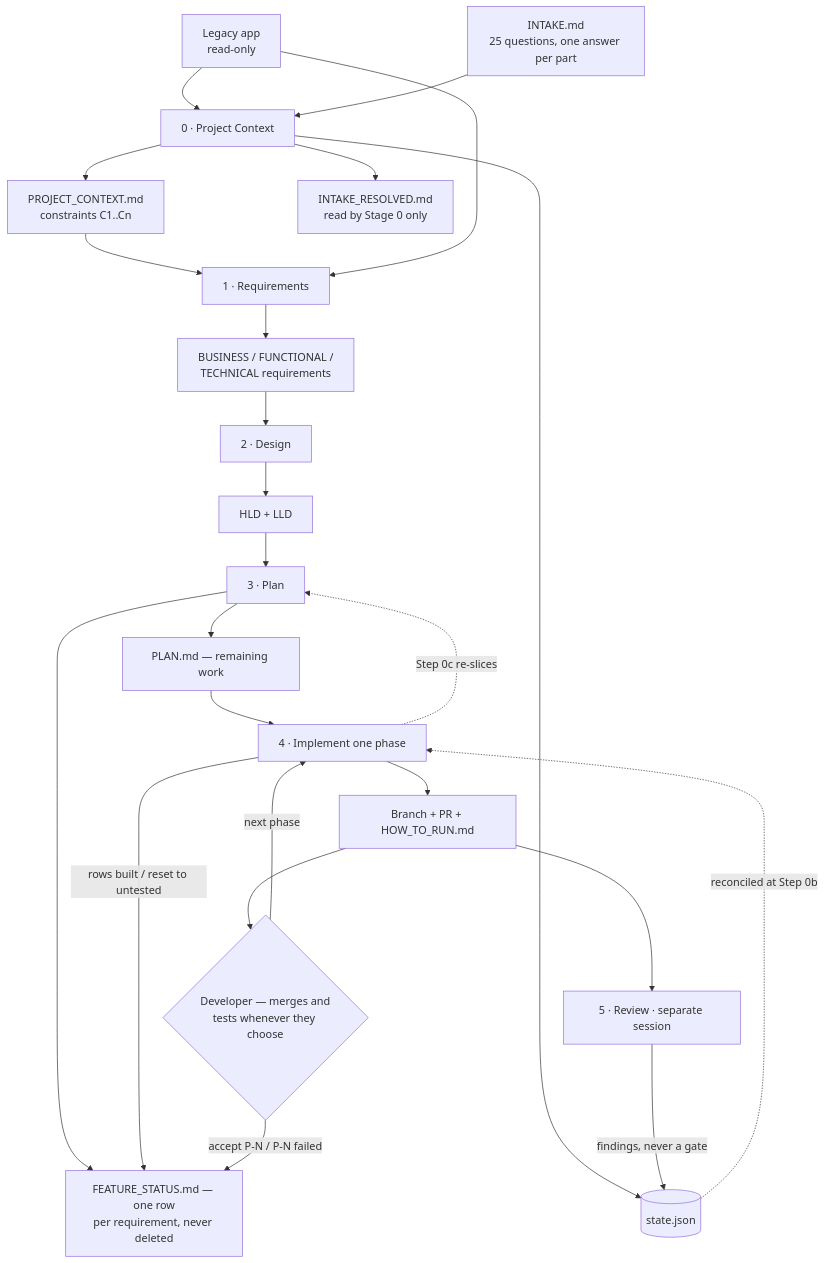
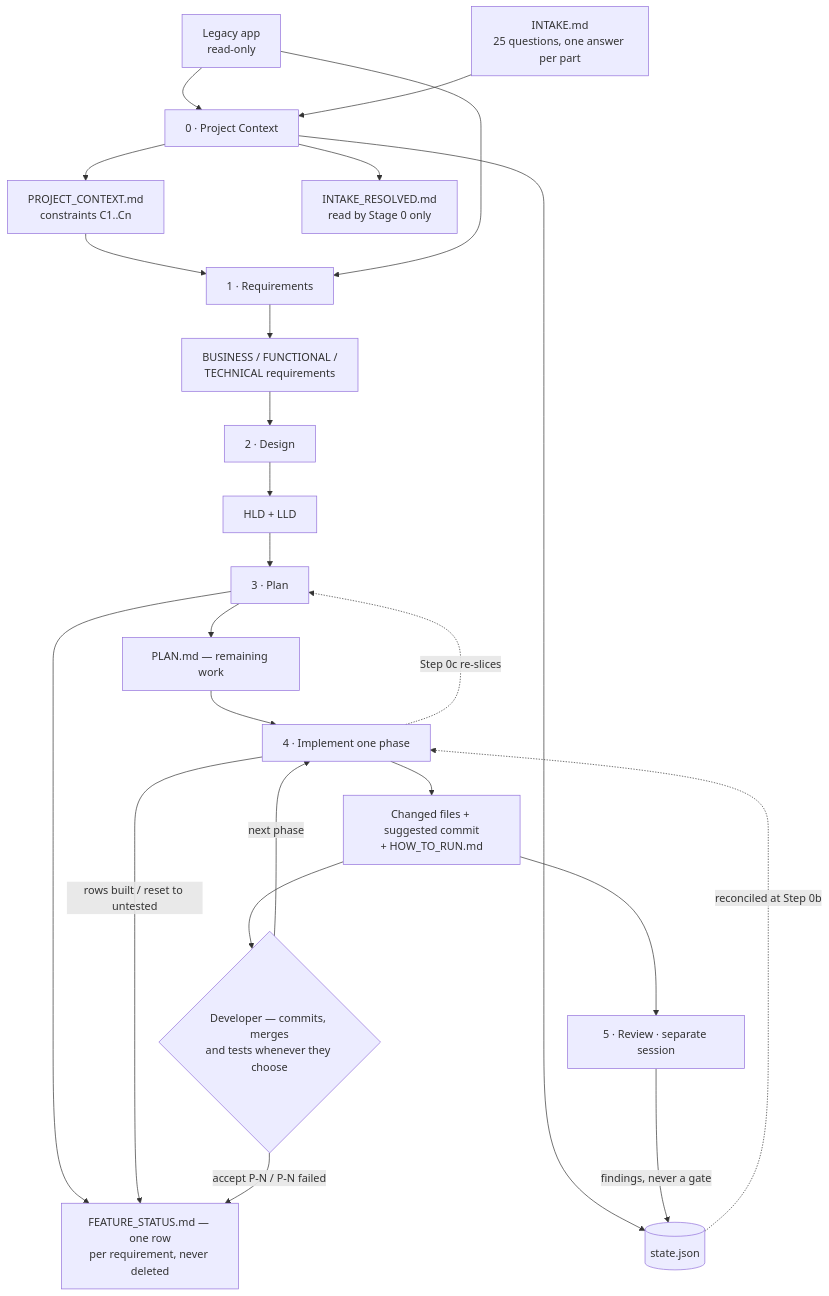
One commit to Mabeesha/AppModernizationHarness changed the first of 4 diagrams in docs/DESIGN.md. Above: the diagram before and after it, drawn with Mermaid. The commit also changed other lines of this file and 12 other files, not shown here.

````diff
--- a/docs/DESIGN.md
+++ b/docs/DESIGN.md
@@ -33,26 +33,26 @@
 ```mermaid
 flowchart TD
     L[Legacy app<br/>read-only] --> S0
     I[INTAKE.md<br/>25 questions, one answer per part] --> S0[0 · Project Context]
     S0 --> PC[PROJECT_CONTEXT.md<br/>constraints C1..Cn]
     S0 --> ST[(state.json)]
     S0 --> IR[INTAKE_RESOLVED.md<br/>read by Stage 0 only]
     PC --> S1[1 · Requirements]
     L --> S1
     S1 --> REQ[BUSINESS / FUNCTIONAL /<br/>TECHNICAL requirements]
     REQ --> S2[2 · Design]
     S2 --> D[HLD + LLD]
     D --> S3[3 · Plan]
     S3 --> PL[PLAN.md — remaining work]
     S3 --> FS[FEATURE_STATUS.md — one row<br/>per requirement, never deleted]
     PL --> S4[4 · Implement one phase]
-    S4 --> PR[Branch + PR + HOW_TO_RUN.md]
+    S4 --> HO[Changed files + suggested commit<br/>+ HOW_TO_RUN.md]
     S4 -->|rows built / reset to untested| FS
-    PR --> DEV{Developer — merges and<br/>tests whenever they choose}
+    HO --> DEV{Developer — commits, merges<br/>and tests whenever they choose}
     DEV -- next phase --> S4
     DEV -- accept P-N / P-N failed --> FS
     S4 -.->|Step 0c re-slices| S3
-    PR --> S5[5 · Review · separate session]
+    HO --> S5[5 · Review · separate session]
     S5 -->|findings, never a gate| ST
     ST -.->|reconciled at Step 0b| S4
 ```
````
